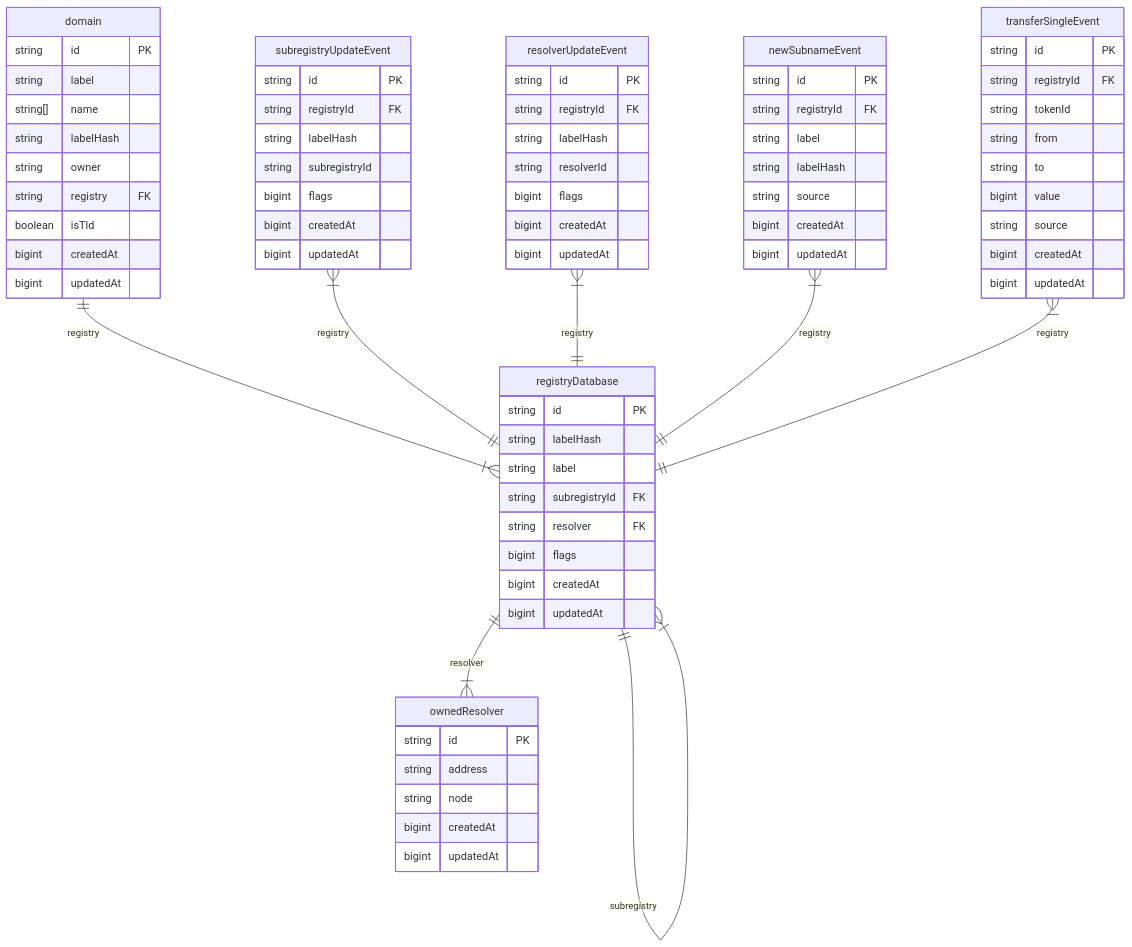
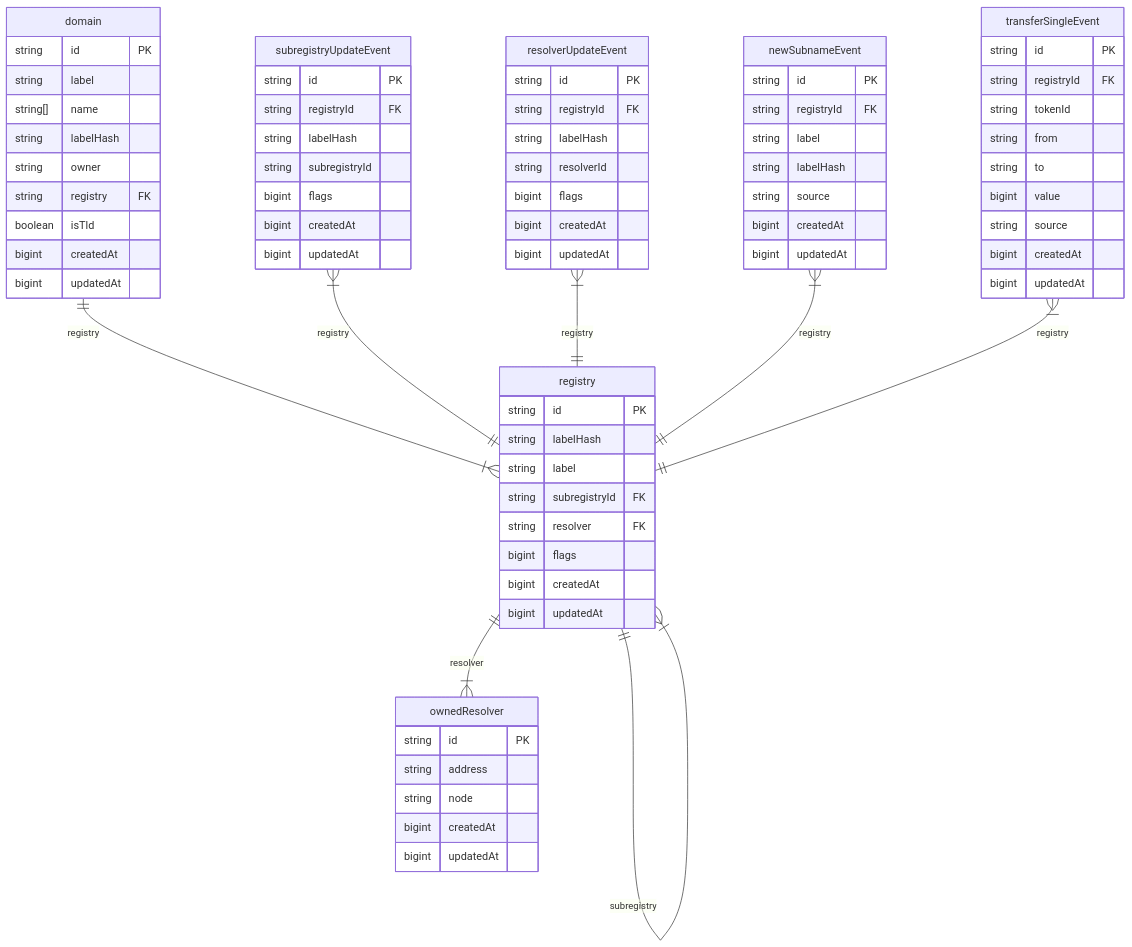
One commit to ensdomains/ens-ponder changed the diagram in README.md. Above: the diagram before and after it, drawn with Mermaid. The commit also changed other lines of this file, not shown here.

````diff
--- a/README.md
+++ b/README.md
@@ -32,7 +44,7 @@
         bigint updatedAt
     }
 
-    registryDatabase {
+    registry {
         string id PK
         string labelHash
         string label
@@ -93,13 +105,13 @@
         bigint updatedAt
     }
 
-    domain ||--|{ registryDatabase : "registry"
-    registryDatabase ||--|{ registryDatabase : "subregistry"
-    registryDatabase ||--|{ ownedResolver : "resolver"
-    subregistryUpdateEvent }|--|| registryDatabase : "registry"
-    resolverUpdateEvent }|--|| registryDatabase : "registry"
-    newSubnameEvent }|--|| registryDatabase : "registry"
-    transferSingleEvent }|--|| registryDatabase : "registry"
+    domain ||--|{ registry : "registry"
+    registry ||--|{ registry : "subregistry"
+    registry ||--|{ ownedResolver : "resolver"
+    subregistryUpdateEvent }|--|| registry : "registry"
+    resolverUpdateEvent }|--|| registry : "registry"
+    newSubnameEvent }|--|| registry : "registry"
+    transferSingleEvent }|--|| registry : "registry"
 
 
 ```
````
